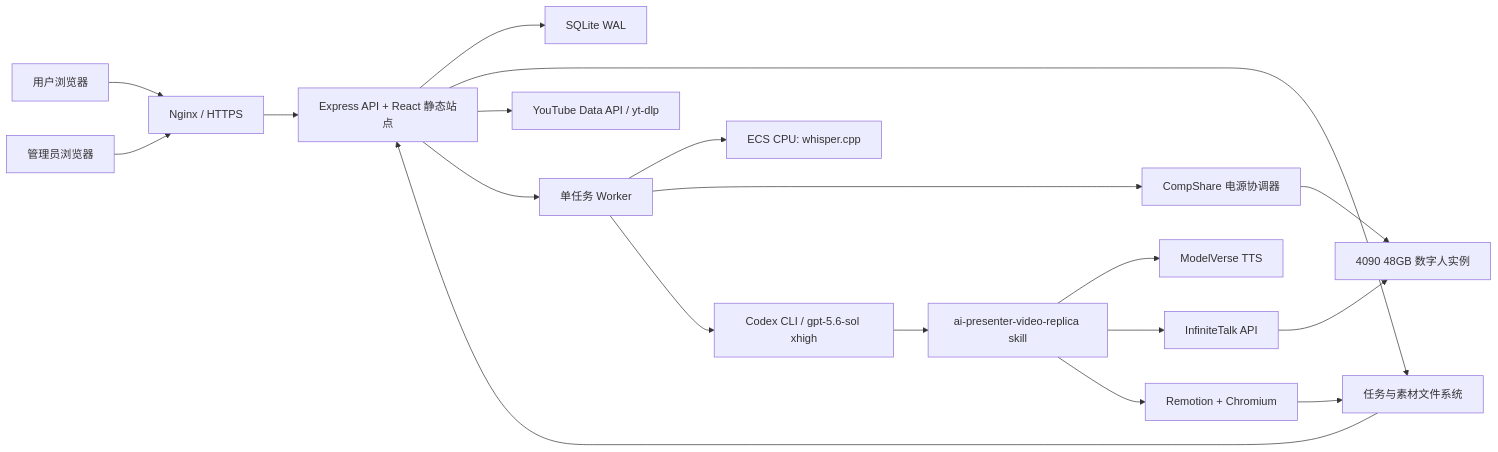
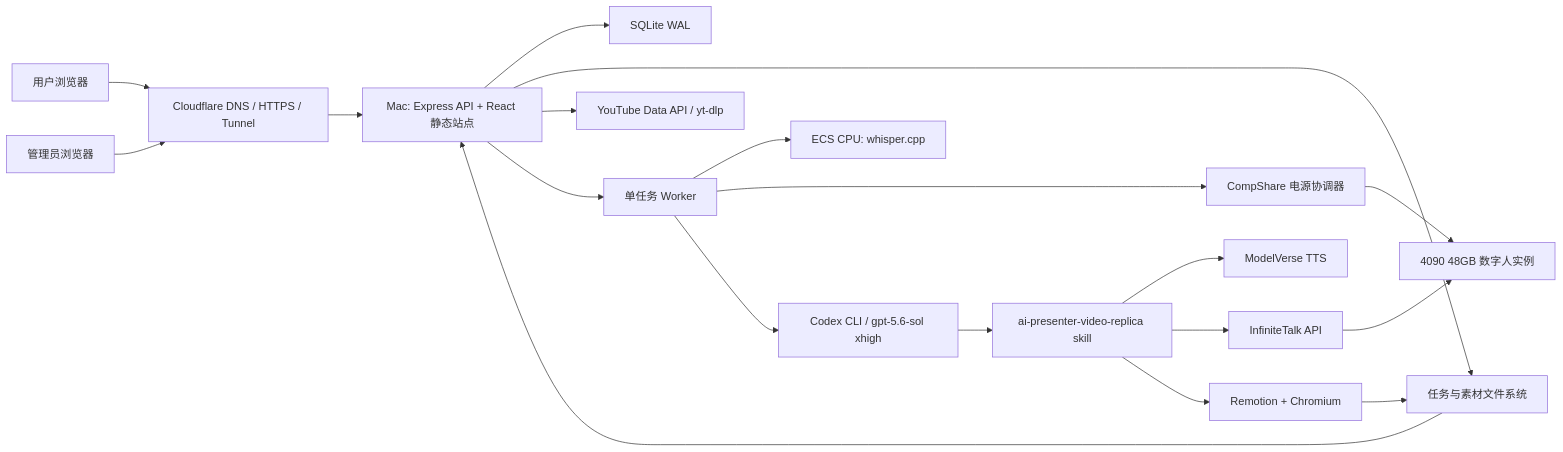
The first of 3 diagrams in docs/DEVELOPMENT.md (LeeZePeng/ai-presenter-platform), drawn with Mermaid before and after one commit. The commit also changed other lines of this file, not shown here.

Commit message:
docs: update developer guide for Mac deployment

````diff
--- a/docs/DEVELOPMENT.md
+++ b/docs/DEVELOPMENT.md
@@ -28,21 +67,21 @@
 ```mermaid
 flowchart LR
-    U["用户浏览器"] --> N["Nginx / HTTPS"]
-    A["管理员浏览器"] --> N
-    N --> E["Express API + React 静态站点"]
+    U["用户浏览器"] --> CF["Cloudflare DNS / HTTPS / Tunnel"]
+    A["管理员浏览器"] --> CF
+    CF --> E["Mac: Express API + React 静态站点"]
     E --> DB["SQLite WAL"]
     E --> FS["任务与素材文件系统"]
     E --> YT["YouTube Data API / yt-dlp"]
     E --> W["单任务 Worker"]
     W --> ASR["ECS CPU: whisper.cpp"]
     W --> P["CompShare 电源协调器"]
     P --> GPU["4090 48GB 数字人实例"]
     W --> C["Codex CLI / gpt-5.6-sol xhigh"]
     C --> S["ai-presenter-video-replica skill"]
     S --> TTS["ModelVerse TTS"]
     S --> IT["InfiniteTalk API"]
     IT --> GPU
     S --> R["Remotion + Chromium"]
     R --> FS
     FS --> E
 ```
````
